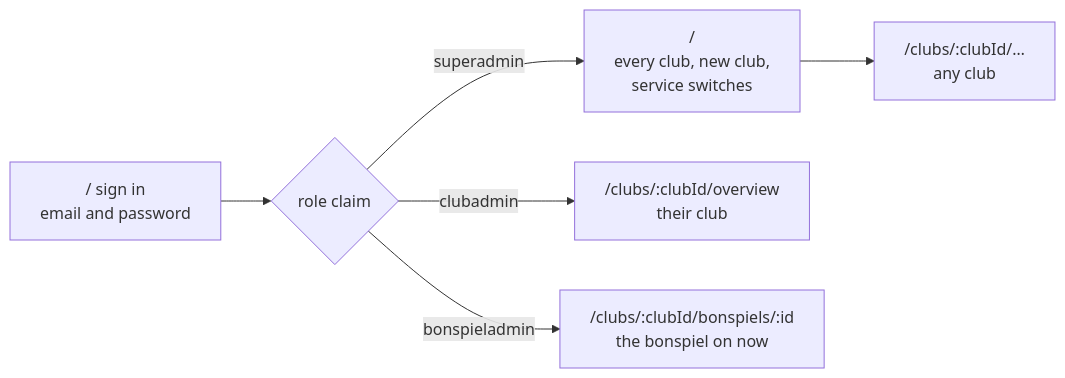
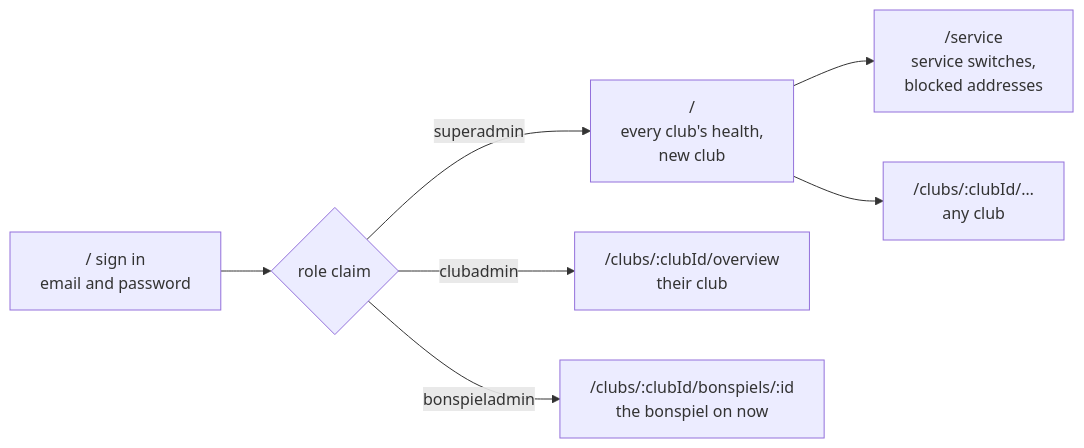
The first of 2 diagrams in docs/architecture/admin-portal.md (CloudgateStudios/curling_scoreboard), drawn with Mermaid before and after one commit. The commit also changed other lines of this file and 28 other files, not shown here.

````diff
--- a/docs/architecture/admin-portal.md
+++ b/docs/architecture/admin-portal.md
@@ -13,8 +13,9 @@
 ```mermaid
 flowchart LR
   LOGIN["/ sign in<br/>email and password"] --> ROLE{"role claim"}
-  ROLE -- "superadmin" --> SA["/<br/>every club, new club,<br/>service switches"]
+  ROLE -- "superadmin" --> SA["/<br/>every club's health,<br/>new club"]
+  SA --> SVC["/service<br/>service switches,<br/>blocked addresses"]
   SA --> CLUB["/clubs/:clubId/…<br/>any club"]
   ROLE -- "clubadmin" --> CA["/clubs/:clubId/overview<br/>their club"]
   ROLE -- "bonspieladmin" --> BA["/clubs/:clubId/bonspiels/:id<br/>the bonspiel on now"]
 ```
````
